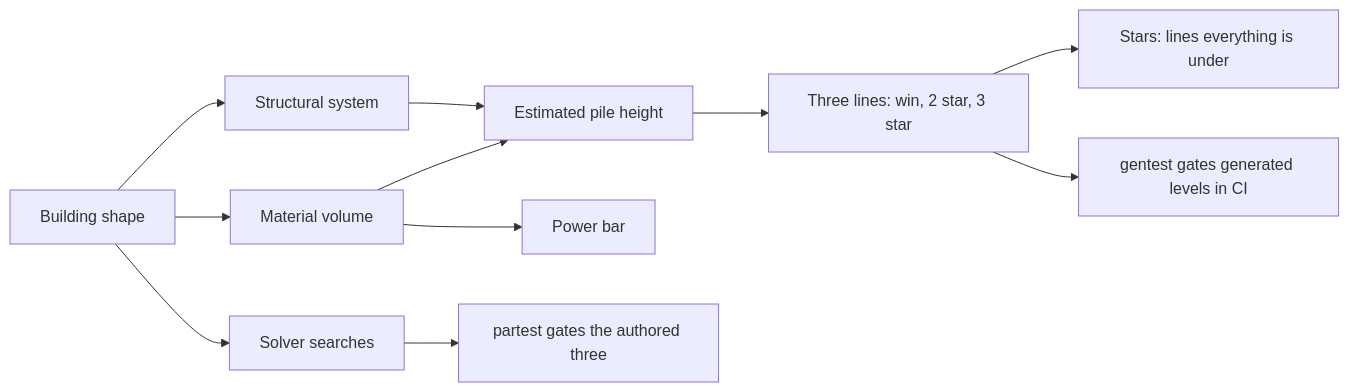
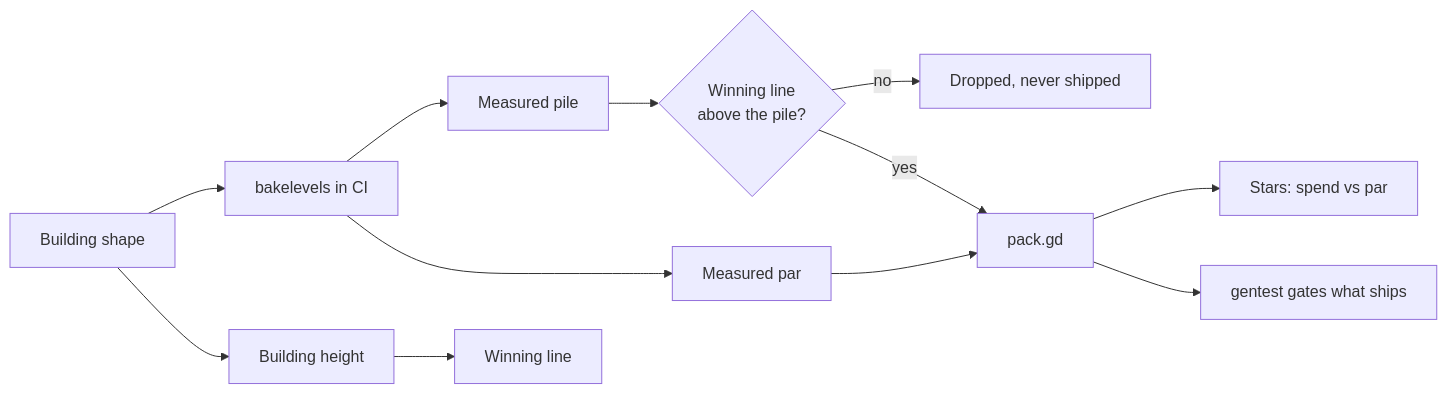
One commit to CoderCoop/CrumplZone changed the second of 5 diagrams in ARCHITECTURE.md. Above: the diagram before and after it, drawn with Mermaid. The commit also changed other lines of this file and 16 other files, not shown here.

First line of the commit message:
feat: one line, stars from what the run cost, and every level playable (#31)

````diff
--- a/ARCHITECTURE.md
+++ b/ARCHITECTURE.md
@@ -253,13 +248,14 @@
 ```mermaid
 flowchart LR
-    shape[Building shape] --> volume[Material volume]
-    shape --> system[Structural system]
-    volume --> pile[Estimated pile height]
-    system --> pile
-    pile --> lines[Three lines: win, 2 star, 3 star]
-    volume --> bar[Power bar]
-    lines --> stars[Stars: lines everything is under]
-    lines --> gentest[gentest gates generated levels in CI]
-    shape --> solver[Solver searches]
-    solver --> partest[partest gates the authored three]
+    shape[Building shape] --> bake[bakelevels in CI]
+    bake --> pile[Measured pile]
+    bake --> par[Measured par]
+    pile --> fit{Winning line<br/>above the pile?}
+    fit -->|no| dropped[Dropped, never shipped]
+    fit -->|yes| pack[pack.gd]
+    par --> pack
+    shape --> tall[Building height]
+    tall --> line[Winning line]
+    pack --> stars[Stars: spend vs par]
+    pack --> gentest[gentest gates what ships]
 ```
````
